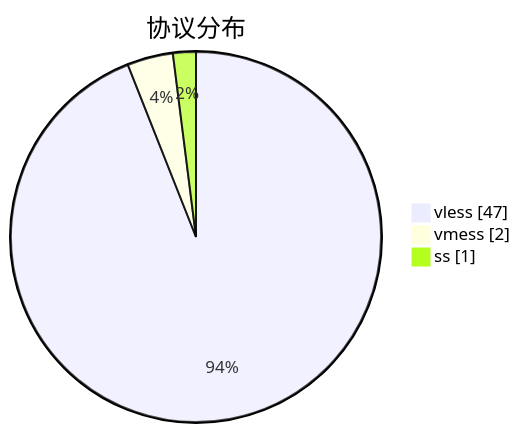
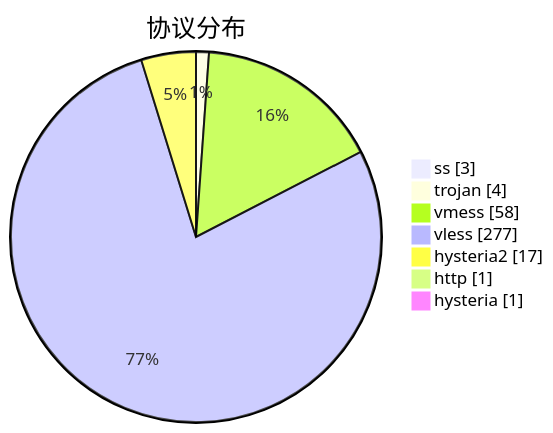
The third of 3 diagrams in subs/statistics/tested_within.md (sinspired/airport), drawn with Mermaid before and after one commit. The commit also changed other lines of this file and 2 other files, not shown here.

````diff
--- a/subs/statistics/tested_within.md
+++ b/subs/statistics/tested_within.md
@@ -20,7 +32,11 @@
 ```mermaid
 pie showData
 title 协议分布
-"vless" : 47
-"vmess" : 2
-"ss" : 1
+"ss" : 3
+"trojan" : 4
+"vmess" : 58
+"vless" : 277
+"hysteria2" : 17
+"http" : 1
+"hysteria" : 1
 ```
````
